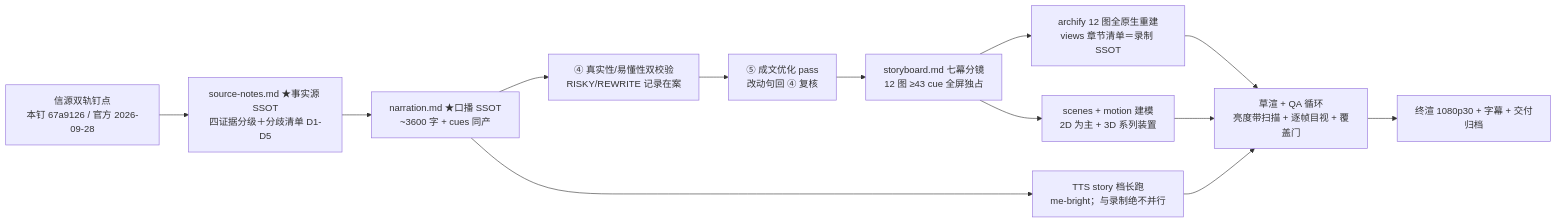
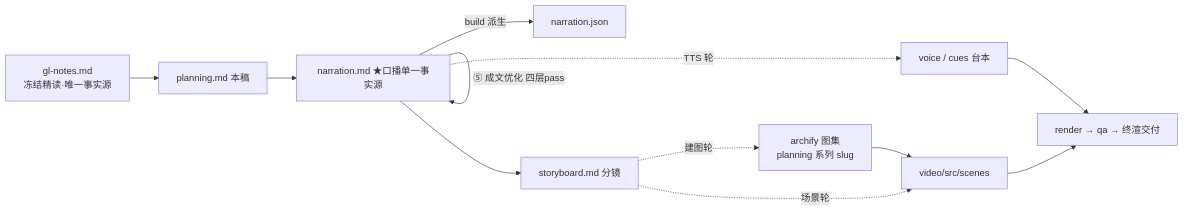
The diagram in apps/negentropy-influence/episodes/claude-code-planning-video/script/planning.md (ThreeFish-AI/negentropy), drawn with Mermaid before and after one commit. The commit also changed other lines of this file and 10 other files, not shown here.

````diff
--- a/apps/negentropy-influence/episodes/claude-code-planning-video/script/planning.md
+++ b/apps/negentropy-influence/episodes/claude-code-planning-video/script/planning.md
@@ -92,13 +77,15 @@
 ```mermaid
 flowchart LR
-    A[信源双轨钉点<br/>本钉 67a9126 / 官方 2026-09-28] --> B[source-notes.md ★事实源 SSOT<br/>四证据分级＋分歧清单 D1-D5]
-    B --> C[narration.md ★口播 SSOT<br/>~3600 字 + cues 同产]
-    C --> D[④ 真实性/易懂性双校验<br/>RISKY/REWRITE 记录在案]
-    D --> E[⑤ 成文优化 pass<br/>改动句回 ④ 复核]
-    E --> F[storyboard.md 七幕分镜<br/>12 图 ≥43 cue 全屏独占]
-    F --> G[archify 12 图全原生重建<br/>views 章节清单＝录制 SSOT]
-    F --> H[scenes + motion 建模<br/>2D 为主 + 3D 系列装置]
-    C --> I[TTS story 档长跑<br/>me-bright；与录制绝不并行]
-    G & H & I --> J[草渲 + QA 循环<br/>亮度带扫描 + 逐帧目视 + 覆盖门]
-    J --> K[终渲 1080p30 + 字幕 + 交付归档]
+    A[gl-notes.md<br/>冻结精读·唯一事实源] --> B[planning.md 本稿]
+    B --> C[narration.md ★口播单一事实源]
+    C -->|build 派生| C2[narration.json]
+    C -->|④ 真实性+易懂性| C
+    C -->|⑤ 成文优化 四层pass| C
+    C --> D[storyboard.md 分镜]
+    D -.->|场景轮| E[video/src/scenes]
+    D -.->|建图轮| F[archify 图集<br/>planning 系列 slug]
+    C -.->|TTS 轮| G[voice / cues 台本]
+    E --> H[render → qa → 终渲交付]
+    F --> E
+    G --> H
 ```
````
